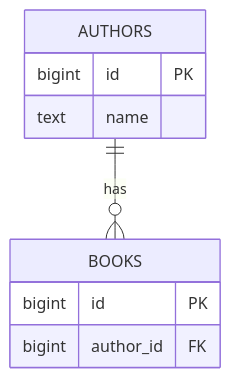
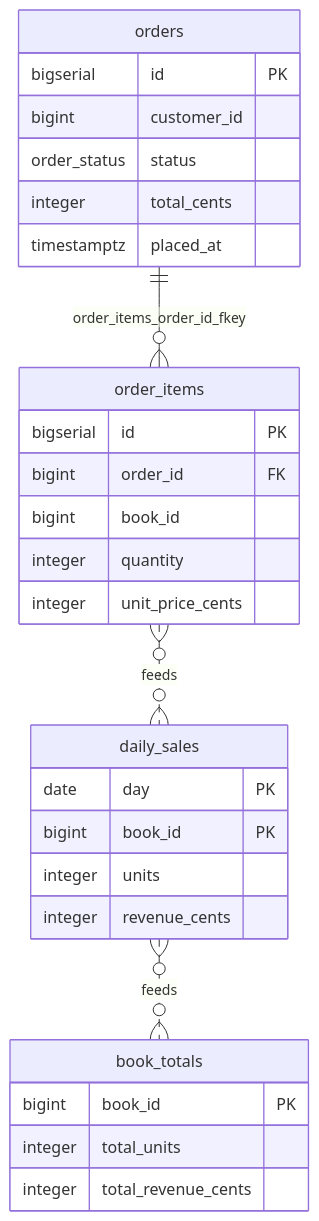
One commit to zemarsil/DatabaseVisualizer changed the diagram in docs/walkthroughs/06-simulate-a-data-flow.md. Above: the diagram before and after it, drawn with Mermaid. The commit also changed other lines of this file and 8 other files, not shown here.

````diff
--- a/docs/walkthroughs/06-simulate-a-data-flow.md
+++ b/docs/walkthroughs/06-simulate-a-data-flow.md
@@ -30,12 +44,31 @@
 ```mermaid
 erDiagram
-    AUTHORS ||--o{ BOOKS : has
-    AUTHORS {
-        bigint id PK
-        text name
+    orders ||--o{ order_items : "order_items_order_id_fkey"
+    order_items }o..o{ daily_sales : "feeds"
+    daily_sales }o..o{ book_totals : "feeds"
+    orders {
+        bigserial id PK
+        bigint customer_id
+        order_status status
+        integer total_cents
+        timestamptz placed_at
     }
-    BOOKS {
-        bigint id PK
-        bigint author_id FK
+    order_items {
+        bigserial id PK
+        bigint order_id FK
+        bigint book_id
+        integer quantity
+        integer unit_price_cents
+    }
+    daily_sales {
+        date day PK
+        bigint book_id PK
+        integer units
+        integer revenue_cents
+    }
+    book_totals {
+        bigint book_id PK
+        integer total_units
+        integer total_revenue_cents
     }
 ```
````
